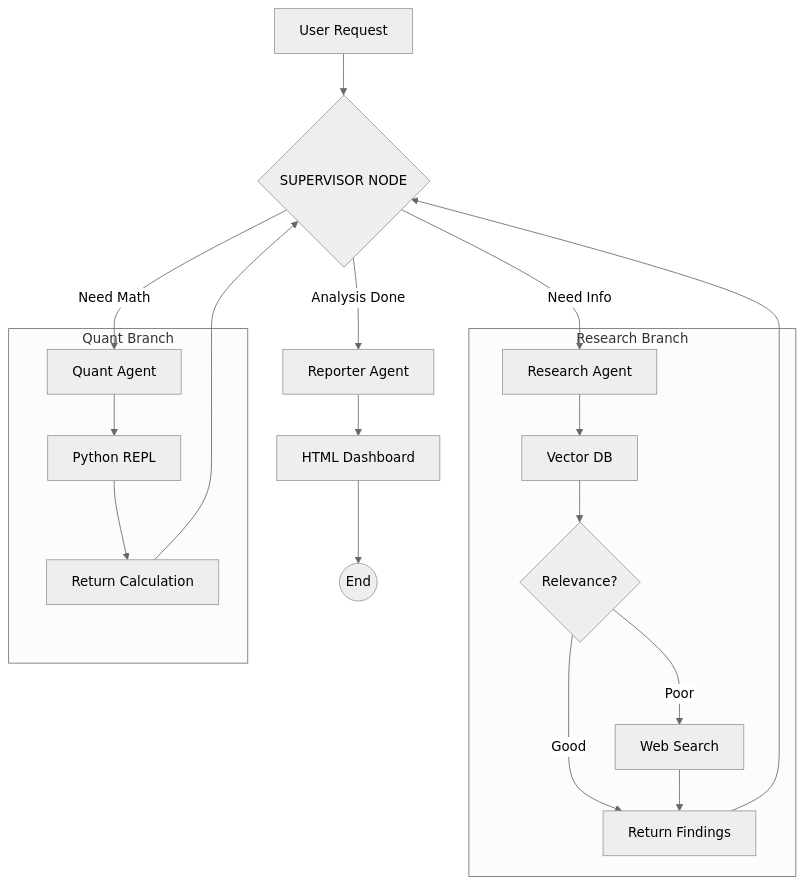
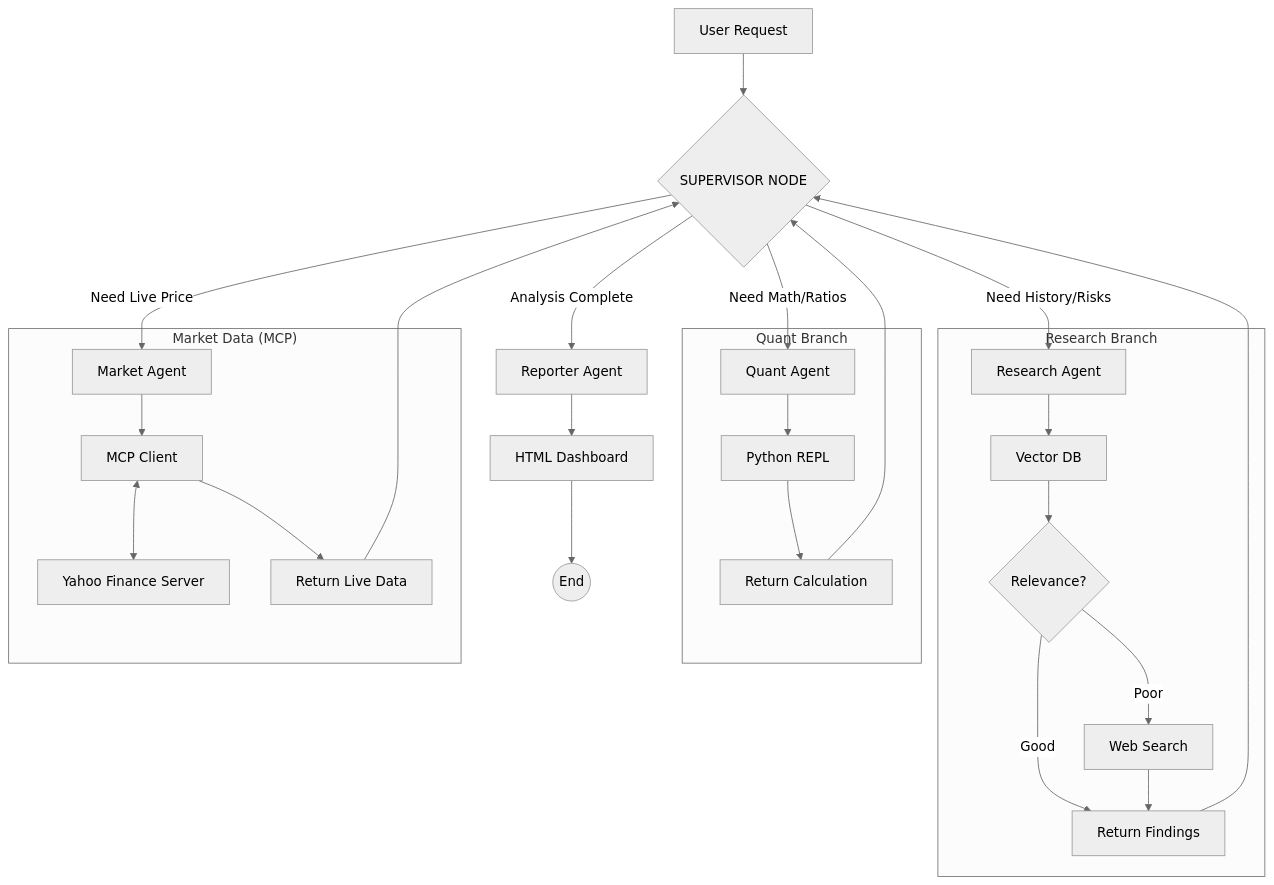
Before and after one commit to rauldgarcia/TITAN: the diagram in README.md, drawn with Mermaid (neutral theme). The commit also changed other lines of this file and 7 other files, not shown here.

````diff
--- a/README.md
+++ b/README.md
@@ -13,26 +18,34 @@
 ```mermaid
     graph TD
         User[User Request] --> Supervisor{SUPERVISOR NODE}
 
-        Supervisor -- "Need Info" --> Research[Research Agent]
-        Supervisor -- "Need Math" --> Quant[Quant Agent]
-        Supervisor -- "Analysis Done" --> Reporter[Reporter Agent]
+        Supervisor -- "Need History/Risks" --> Research[Research Agent]
+        Supervisor -- "Need Math/Ratios" --> Quant[Quant Agent]
+        Supervisor -- "Need Live Price" --> Market[Market Agent]
+        Supervisor -- "Analysis Complete" --> Reporter[Reporter Agent]
 
         subgraph "Research Branch"
             Research --> DB[Vector DB]
             DB --> Grade{Relevance?}
             Grade -- Poor --> Web[Web Search]
             Grade -- Good --> Return1[Return Findings]
             Web --> Return1
         end
 
         subgraph "Quant Branch"
             Quant --> Code[Python REPL]
             Code --> Return2[Return Calculation]
         end
 
+        subgraph "Market Data (MCP)"
+            Market --> Client[MCP Client]
+            Client <--> Server[Yahoo Finance Server]
+            Client --> Return3[Return Live Data]
+        end
+
         Return1 --> Supervisor
         Return2 --> Supervisor
+        Return3 --> Supervisor
 
         Reporter --> HTML[HTML Dashboard] --> End((End))
 ```
````
